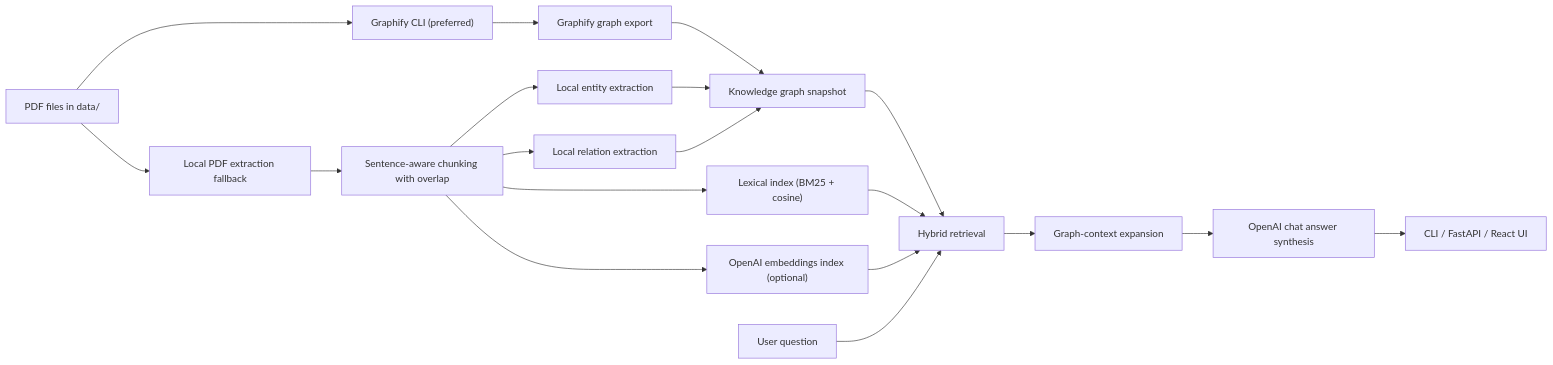
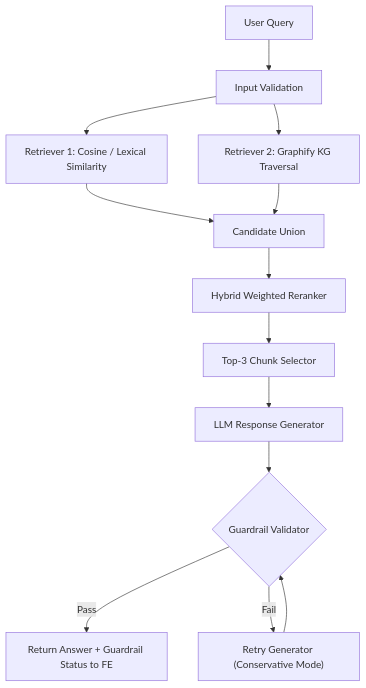
The diagram in README.md (gulkhan92/Graphify_for_Knowledge_Graph_RAG), drawn with Mermaid before and after one commit. The commit also changed other lines of this file, not shown here.

Commit message:
Align README with required hybrid retrieval and guardrail loop flow

````diff
--- a/README.md
+++ b/README.md
@@ -19,21 +21,15 @@
 ```mermaid
-flowchart LR
-    A["PDF files in data/"] --> B["Graphify CLI (preferred)"]
-    A --> C["Local PDF extraction fallback"]
-    B --> D["Graphify graph export"]
-    C --> E["Sentence-aware chunking with overlap"]
-    E --> F["Local entity extraction"]
-    E --> G["Local relation extraction"]
-    F --> H["Knowledge graph snapshot"]
-    G --> H
-    D --> H
-    E --> I["Lexical index (BM25 + cosine)"]
-    E --> J["OpenAI embeddings index (optional)"]
-    Q["User question"] --> K["Hybrid retrieval"]
-    H --> K
-    I --> K
-    J --> K
-    K --> L["Graph-context expansion"]
-    L --> M["OpenAI chat answer synthesis"]
-    M --> N["CLI / FastAPI / React UI"]
+flowchart TD
+    A["User Query"] --> B["Input Validation"]
+    B --> C1["Retriever 1: Cosine / Lexical Similarity"]
+    B --> C2["Retriever 2: Graphify KG Traversal"]
+    C1 --> D["Candidate Union"]
+    C2 --> D
+    D --> E["Hybrid Weighted Reranker"]
+    E --> F["Top-3 Chunk Selector"]
+    F --> G["LLM Response Generator"]
+    G --> H{"Guardrail Validator"}
+    H -- "Pass" --> I["Return Answer + Guardrail Status to FE"]
+    H -- "Fail" --> J["Retry Generator (Conservative Mode)"]
+    J --> H
 ```
````
